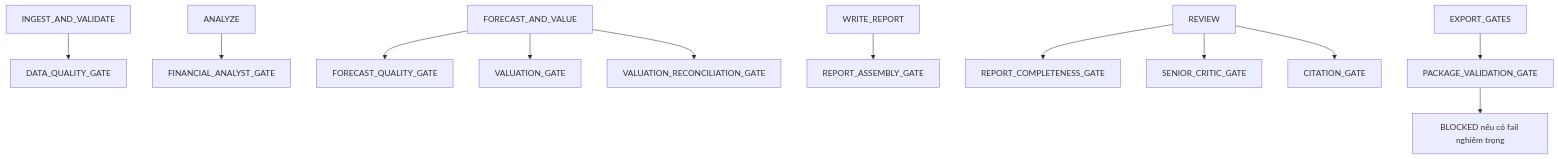
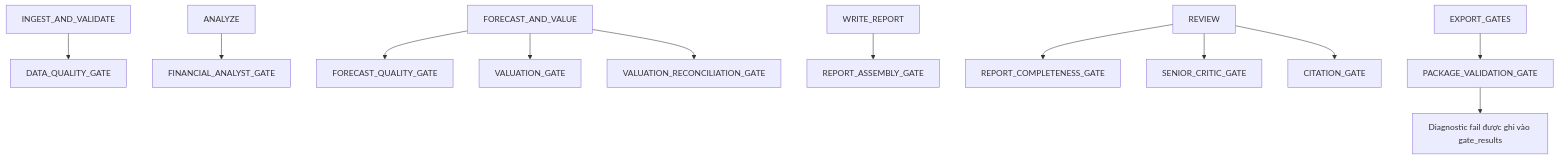
One commit to haubelerche/equity-research-system changed diagram 19 of 24 in docs/SEQUENCE.md. Above: the diagram before and after it, drawn with Mermaid. The commit also changed other lines of this file and 178 other files, not shown here.

````diff
--- a/docs/SEQUENCE.md
+++ b/docs/SEQUENCE.md
@@ -539,14 +527,14 @@
 ```mermaid
 flowchart TD
     A["INGEST_AND_VALIDATE"] --> A1["DATA_QUALITY_GATE"]
     B["ANALYZE"] --> B1["FINANCIAL_ANALYST_GATE"]
     C["FORECAST_AND_VALUE"] --> C1["FORECAST_QUALITY_GATE"]
     C --> C2["VALUATION_GATE"]
     C --> C3["VALUATION_RECONCILIATION_GATE"]
     D["WRITE_REPORT"] --> D1["REPORT_ASSEMBLY_GATE"]
     E["REVIEW"] --> E1["REPORT_COMPLETENESS_GATE"]
     E --> E2["SENIOR_CRITIC_GATE"]
     E --> E3["CITATION_GATE"]
     F["EXPORT_GATES"] --> F1["PACKAGE_VALIDATION_GATE"]
-    F1 --> X["BLOCKED nếu có fail nghiêm trọng"]
+    F1 --> X["Diagnostic fail được ghi vào gate_results"]
 ```
````
